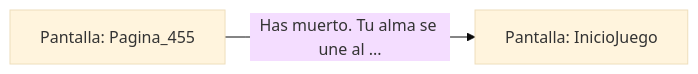
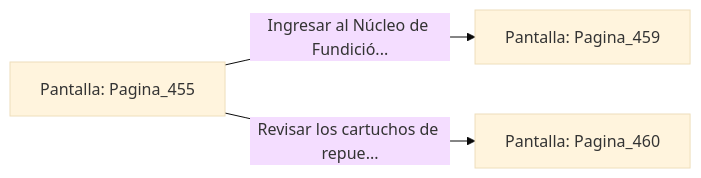
Before and after one commit to metsuke/mpl: the diagram in sample/eligejuego-vault/Pantalla_Pagina_455.md, drawn with Mermaid (base theme). The commit also changed other lines of this file and 635 other files, not shown here.

First line of the commit message:
fix: añadir Pagina_1 como pantalla inicial en capitulo_01.mpl

````diff
--- a/sample/eligejuego-vault/Pantalla_Pagina_455.md
+++ b/sample/eligejuego-vault/Pantalla_Pagina_455.md
@@ -17,5 +24,6 @@
 ```mermaid
 graph LR
     P_Pagina_455["Pantalla: Pagina_455"]
-    P_Pagina_455 -->|"Has muerto. Tu alma se une al ..."| P_InicioJuego["Pantalla: InicioJuego"]
+    P_Pagina_455 -->|"Ingresar al Núcleo de Fundició..."| P_Pagina_459["Pantalla: Pagina_459"]
+    P_Pagina_455 -->|"Revisar los cartuchos de repue..."| P_Pagina_460["Pantalla: Pagina_460"]
 ```
````
